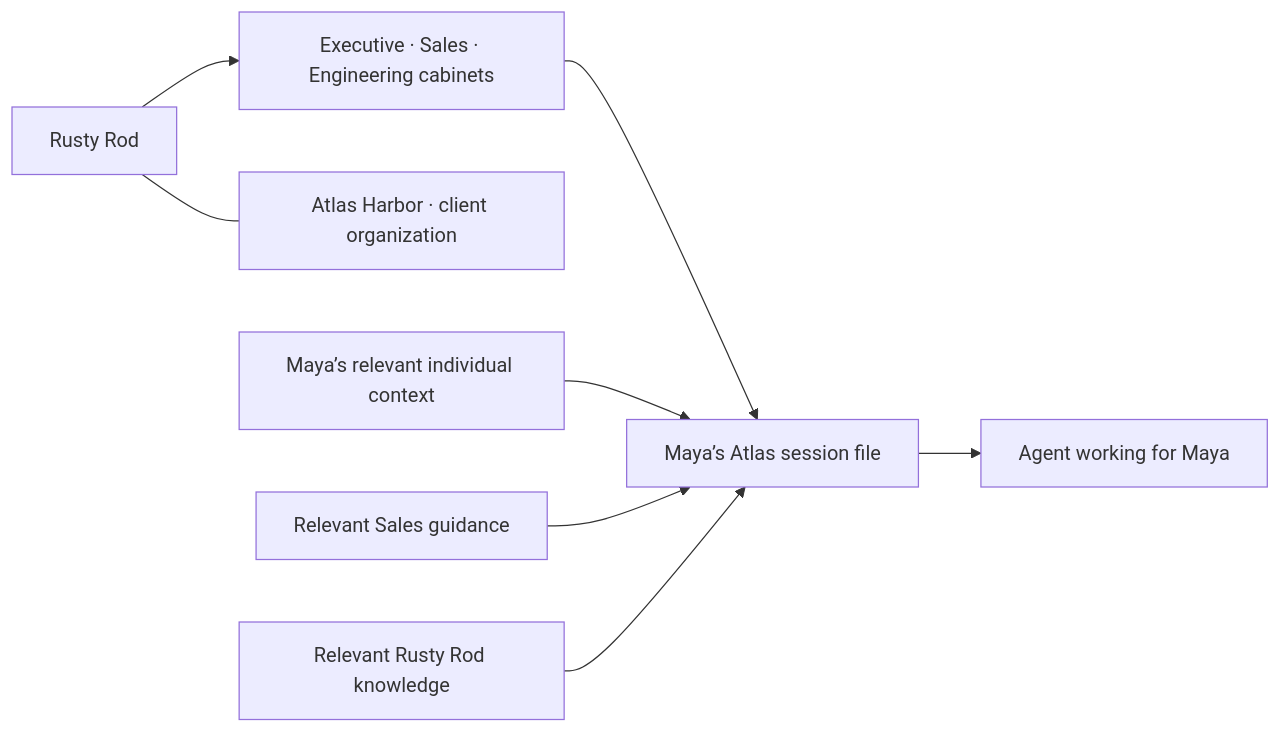
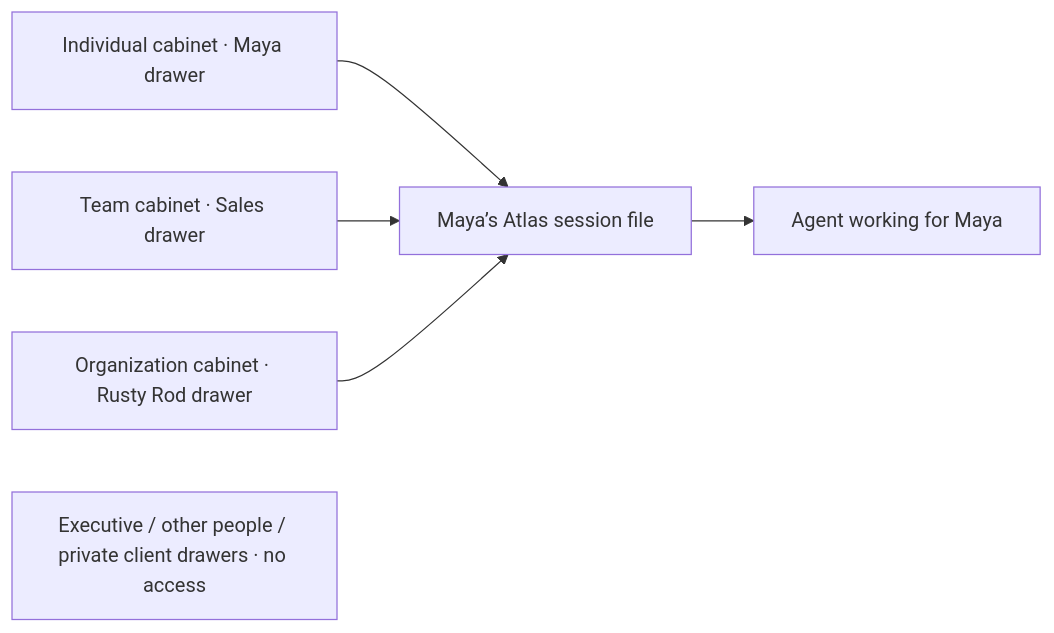
One commit to jerelvelarde/BrainBob changed the diagram in docs/session-files.md. Above: the diagram before and after it, drawn with Mermaid. The commit also changed other lines of this file and 16 other files, not shown here.

Commit message:
feat(demo): restore tier cabinets with scoped drawers and session access

````diff
--- a/docs/session-files.md
+++ b/docs/session-files.md
@@ -7,10 +7,8 @@
 ```mermaid
 flowchart LR
-    ORG["Rusty Rod"] --> TEAMS["Executive · Sales · Engineering cabinets"]
-    ORG --- CLIENT["Atlas Harbor · client organization"]
-    TEAMS --> FILE["Maya’s Atlas session file"]
-    PERSONAL["Maya’s relevant individual context"] --> FILE
-    TEAM["Relevant Sales guidance"] --> FILE
-    SHARED["Relevant Rusty Rod knowledge"] --> FILE
+    PERSONAL["Individual cabinet · Maya drawer"] --> FILE["Maya’s Atlas session file"]
+    TEAM["Team cabinet · Sales drawer"] --> FILE
+    SHARED["Organization cabinet · Rusty Rod drawer"] --> FILE
+    CLOSED["Executive / other people / private client drawers · no access"]
     FILE --> AGENT["Agent working for Maya"]
 ```
````
